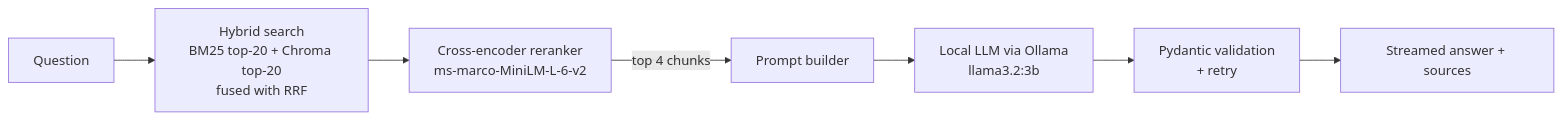
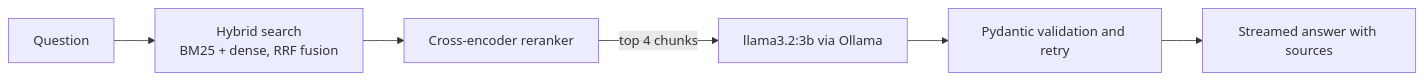
One commit to SwapnilGEU/Local_Documents_Summerizer changed the diagram in README.md. Above: the diagram before and after it, drawn with Mermaid. The commit also changed other lines of this file, not shown here.

````diff
--- a/README.md
+++ b/README.md
@@ -25,9 +27,8 @@
 ```mermaid
 flowchart LR
-    Q[Question] --> H[Hybrid search<br/>BM25 top-20 + Chroma top-20<br/>fused with RRF]
-    H --> R[Cross-encoder reranker<br/>ms-marco-MiniLM-L-6-v2]
-    R -->|top 4 chunks| P[Prompt builder]
-    P --> L[Local LLM via Ollama<br/>llama3.2:3b]
-    L --> V[Pydantic validation<br/>+ retry]
-    V --> A[Streamed answer + sources]
+    Q[Question] --> H[Hybrid search<br/>BM25 + dense, RRF fusion]
+    H --> R[Cross-encoder reranker]
+    R -->|top 4 chunks| L[llama3.2:3b via Ollama]
+    L --> V[Pydantic validation and retry]
+    V --> A[Streamed answer with sources]
 ```
````
